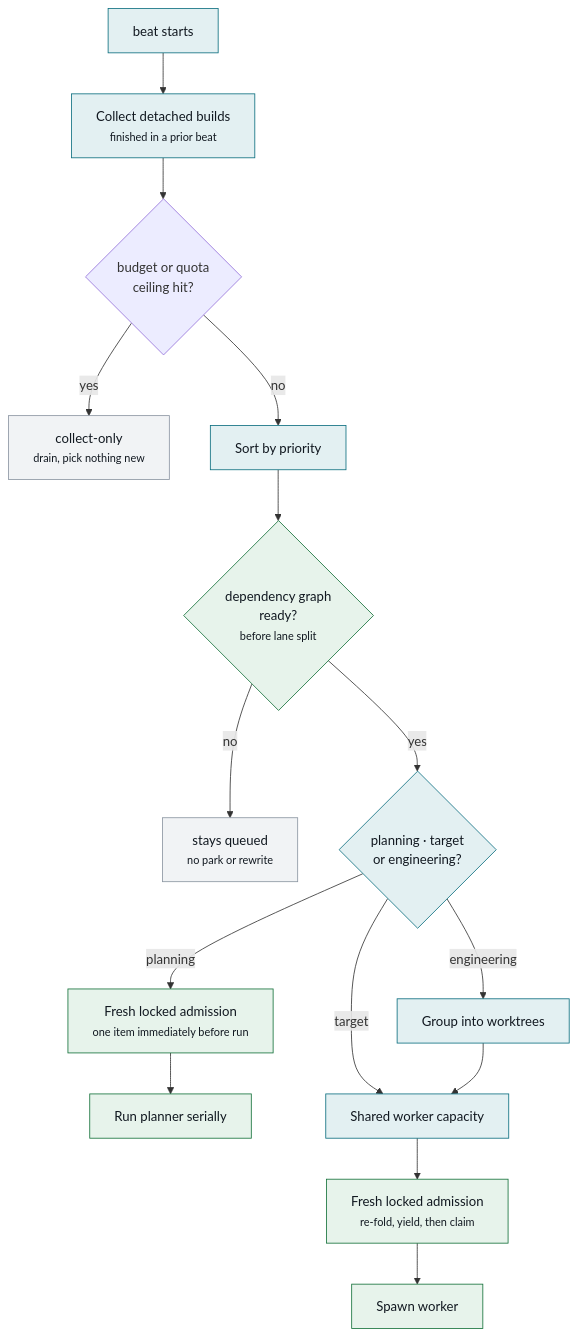
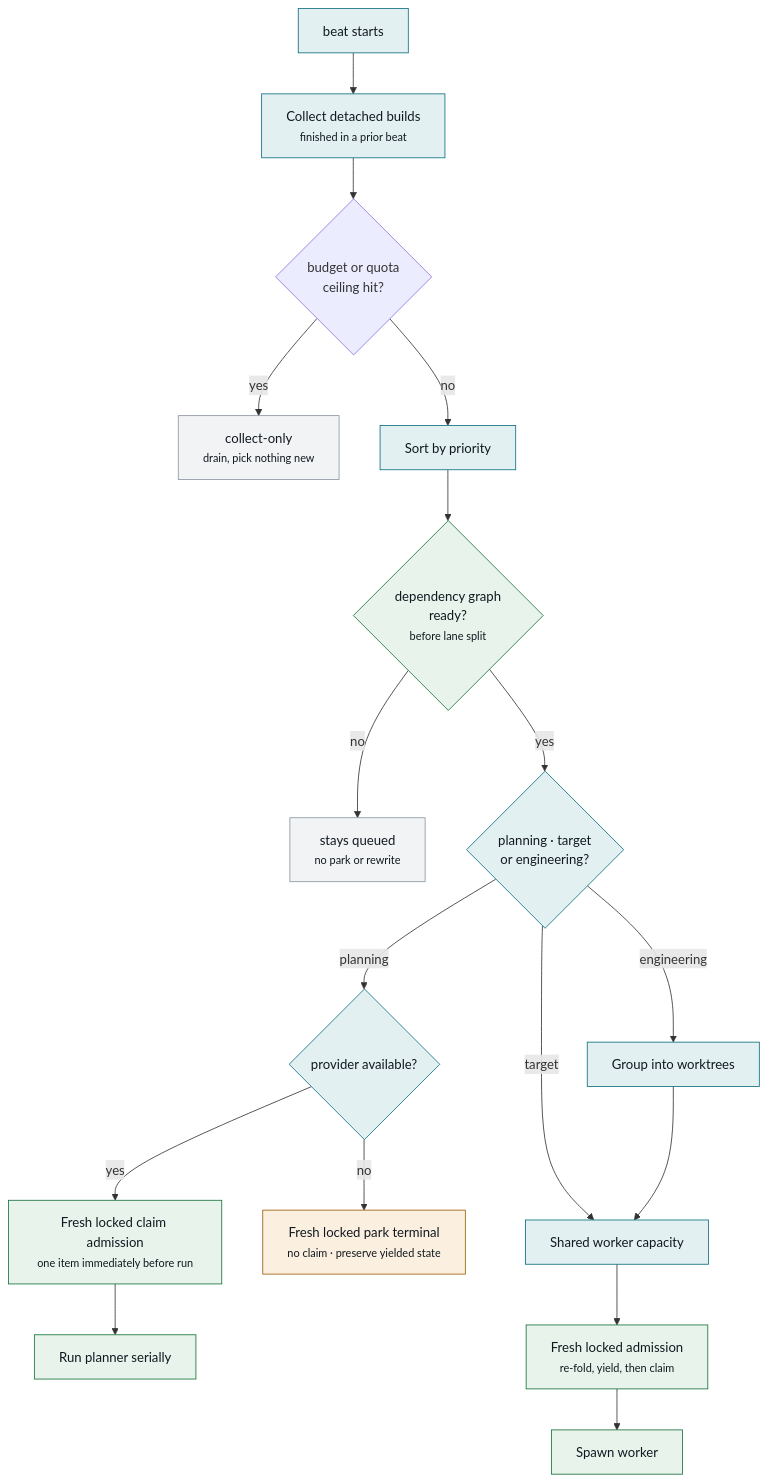
One commit to MrChikns/loopkit changed the fourth of 11 diagrams in docs/plane-flows.md. Above: the diagram before and after it, drawn with Mermaid. The commit also changed other lines of this file and 2 other files, not shown here.

Commit message:
docs: correct item flow claims

````diff
--- a/docs/plane-flows.md
+++ b/docs/plane-flows.md
@@ -179,24 +179,28 @@
 ```mermaid
 flowchart TD
   B["beat starts"] --> COLL["Collect detached builds<br/><small>finished in a prior beat</small>"]
   COLL --> SPEND{"budget or quota<br/>ceiling hit?"}
   SPEND -->|yes| DRAIN["collect-only<br/><small>drain, pick nothing new</small>"]
   SPEND -->|no| PICK["Sort by priority"]
   PICK --> DEP{"dependency graph<br/>ready?<br/><small>before lane split</small>"}
   DEP -->|no| LATER["stays queued<br/><small>no park or rewrite</small>"]
   DEP -->|yes| LANE{"planning · target<br/>or engineering?"}
-  LANE -->|planning| PARB["Fresh locked admission<br/><small>one item immediately before run</small>"]
+  LANE -->|planning| PPROV{"provider available?"}
+  PPROV -->|yes| PARB["Fresh locked claim admission<br/><small>one item immediately before run</small>"]
   PARB --> PLAN["Run planner serially"]
+  PPROV -->|no| PPARK["Fresh locked park terminal<br/><small>no claim · preserve yielded state</small>"]
   LANE -->|target| CAP["Shared worker capacity"]
   LANE -->|engineering| GRP["Group into worktrees"]
   GRP --> CAP
   CAP --> ARB["Fresh locked admission<br/><small>re-fold, yield, then claim</small>"]
   ARB --> SPAWN["Spawn worker"]
 
   classDef step fill:#E3F0F2,stroke:#0B6E7F,color:#111820
   classDef pass fill:#E7F3EB,stroke:#14713A,color:#111820
+  classDef hold fill:#FBF0DF,stroke:#9C5A06,color:#111820
   classDef inert fill:#F1F3F5,stroke:#8B95A1,color:#111820
-  class B,PICK,GRP,COLL,LANE,CAP step
+  class B,PICK,GRP,COLL,LANE,CAP,PPROV step
   class DEP,PARB,ARB,PLAN,SPAWN pass
+  class PPARK hold
   class DRAIN,LATER inert
 ```
````
